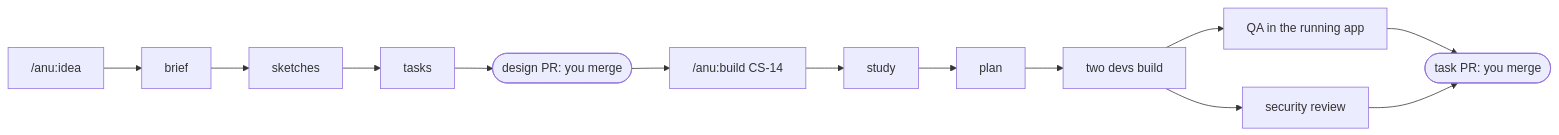
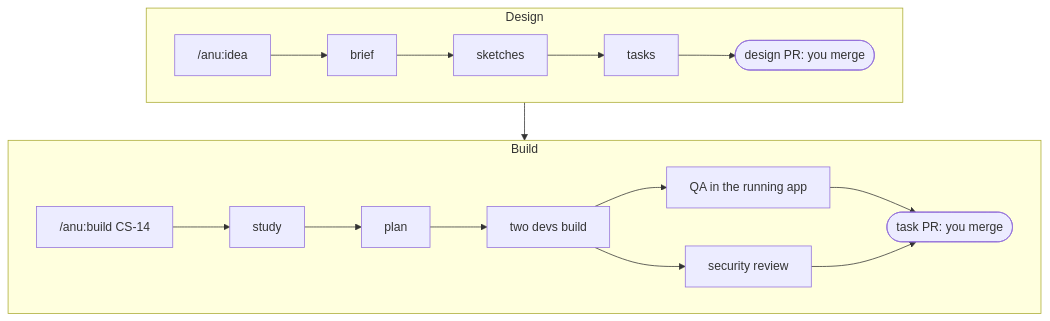
One commit to Tulifo/anu changed the diagram in docs/README.md. Above: the diagram before and after it, drawn with Mermaid.

Commit message:
docs: overview diagram in two rows

````diff
--- a/docs/README.md
+++ b/docs/README.md
@@ -22,11 +22,16 @@
 ```mermaid
-flowchart LR
-    I["/anu:idea"] --> B["brief"] --> S["sketches"] --> T["tasks"]
-    T --> DPR(["design PR: you merge"])
-    DPR --> BU["/anu:build CS-14"]
-    BU --> ST["study"] --> PL["plan"] --> MK["two devs build"]
-    MK --> QA["QA in the running app"]
-    MK --> SEC["security review"]
-    QA --> PR(["task PR: you merge"])
-    SEC --> PR
+flowchart TD
+    subgraph Design
+        direction LR
+        I["/anu:idea"] --> B["brief"] --> S["sketches"] --> T["tasks"] --> DPR(["design PR: you merge"])
+    end
+    subgraph Build
+        direction LR
+        BU["/anu:build CS-14"] --> ST["study"] --> PL["plan"] --> MK["two devs build"]
+        MK --> QA["QA in the running app"]
+        MK --> SEC["security review"]
+        QA --> PR(["task PR: you merge"])
+        SEC --> PR
+    end
+    Design --> Build
 ```
````
